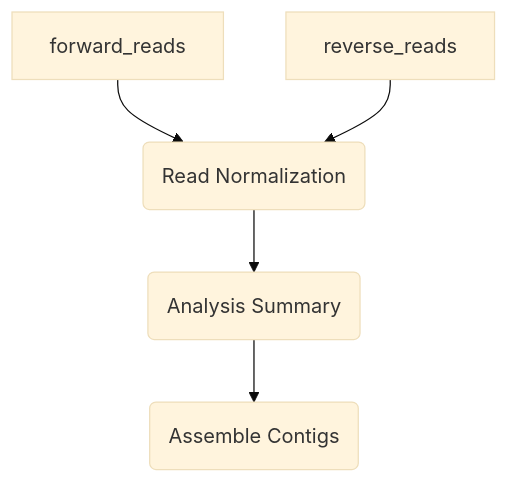
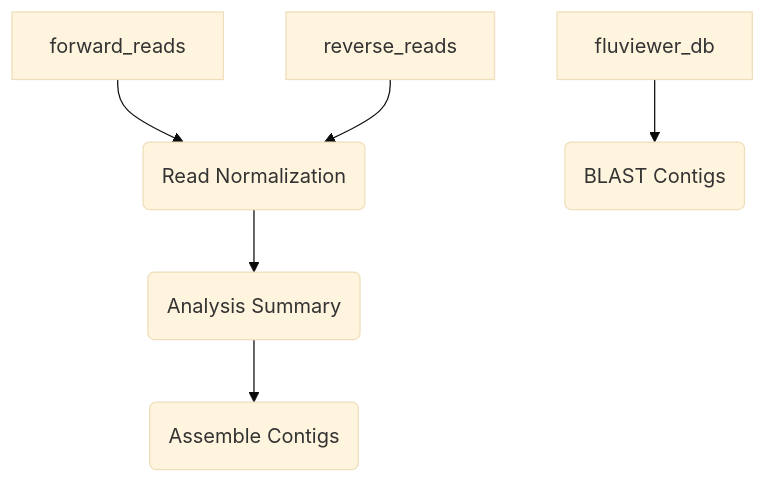
The diagram in README.md (BCCDC-PHL/FluViewer), drawn with Mermaid (base theme) before and after one commit. The commit also changed other lines of this file and 1 other file, not shown here.

````diff
--- a/README.md
+++ b/README.md
@@ -32,7 +55,8 @@
 ```mermaid
 flowchart TD
   forward_reads --> normalization(Read Normalization)
   reverse_reads --> normalization
   normalization --> normalization_analysis_summary(Analysis Summary)
   normalization_analysis_summary --> assemble_contigs(Assemble Contigs)
+  fluviewer_db --> blast_contigs(BLAST Contigs)
 ```
````
